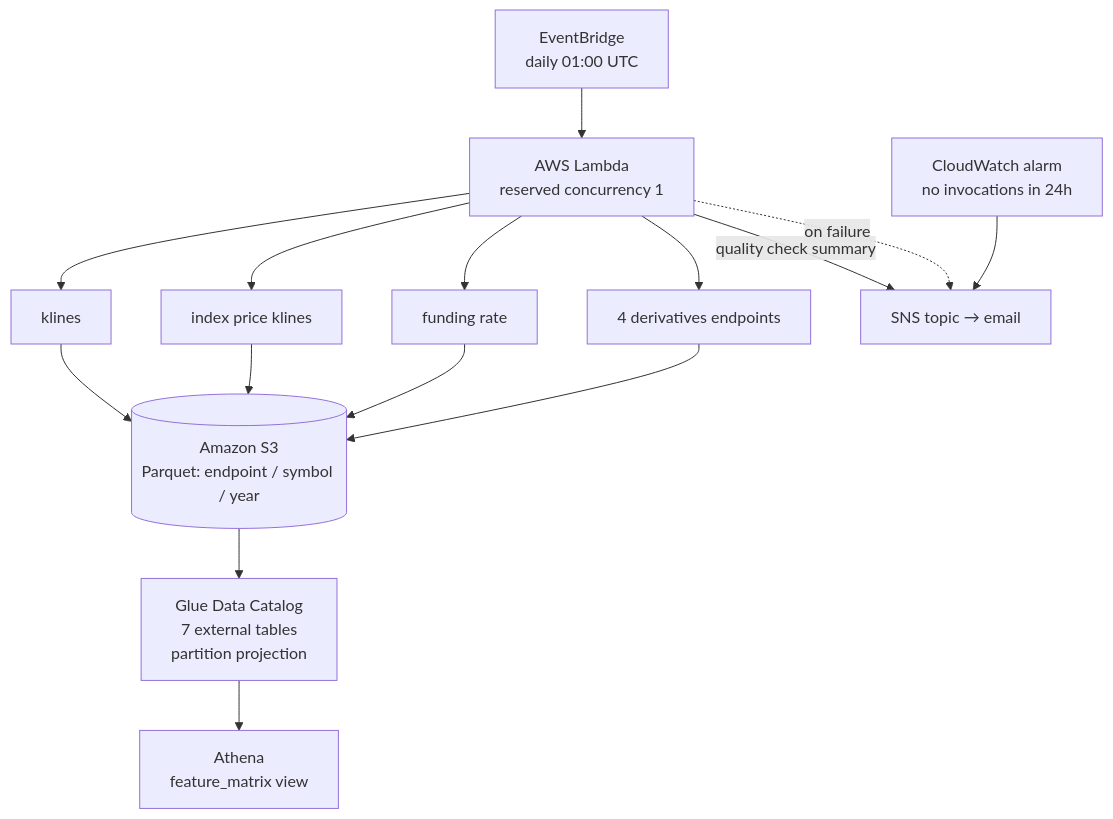
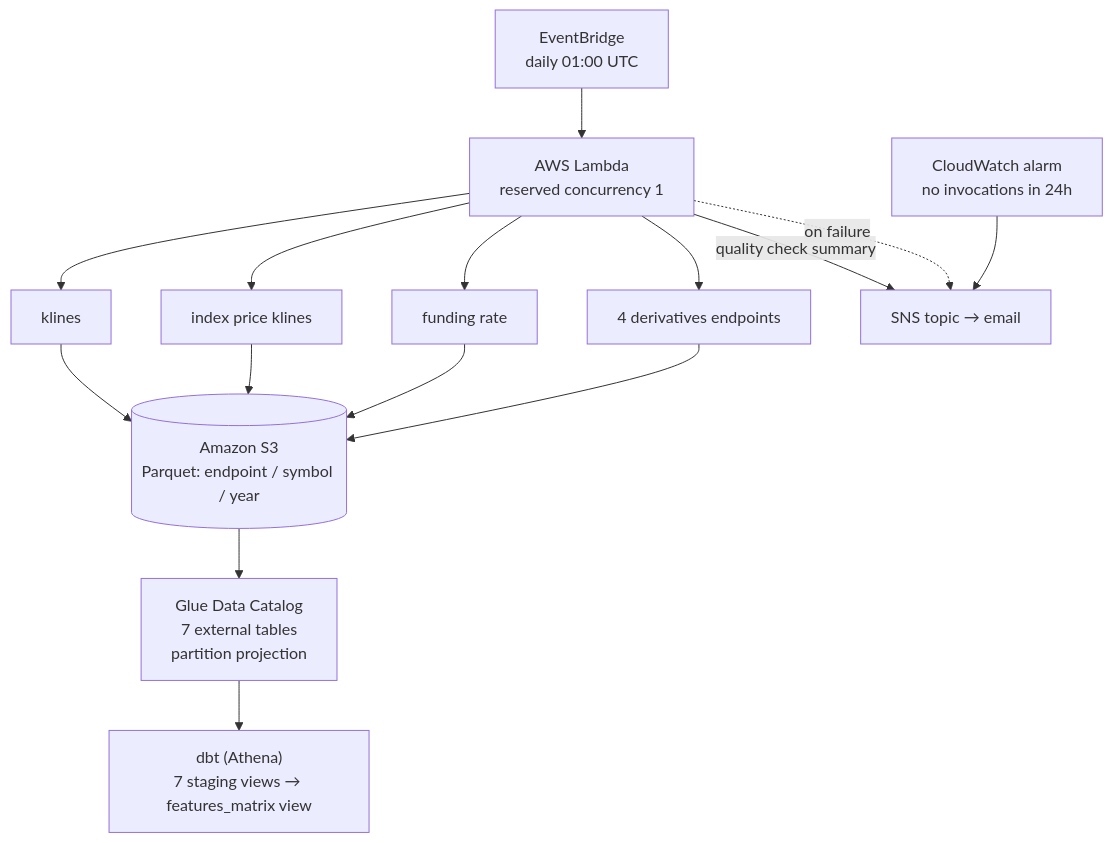
One commit to Stevenronaldo/binance-futures-data-collector changed the diagram in README.md. Above: the diagram before and after it, drawn with Mermaid. The commit also changed other lines of this file and 18 other files, not shown here.

Commit message:
Replace hand-written feature matrix view with dbt project (#2)

````diff
--- a/README.md
+++ b/README.md
@@ -44,21 +45,21 @@
 ```mermaid
 flowchart TD
     EB["EventBridge<br/>daily 01:00 UTC"] --> L["AWS Lambda<br/>reserved concurrency 1"]
 
     L --> K[klines]
     L --> IP[index price klines]
     L --> F[funding rate]
     L --> D[4 derivatives endpoints]
 
     K --> S3[("Amazon S3<br/>Parquet: endpoint / symbol / year")]
     IP --> S3
     F --> S3
     D --> S3
 
     S3 --> G["Glue Data Catalog<br/>7 external tables<br/>partition projection"]
-    G --> V["Athena<br/>feature_matrix view"]
+    G --> DBT["dbt (Athena)<br/>7 staging views → features_matrix view"]
 
     L -- quality check summary --> SNS[SNS topic → email]
     L -. on failure .-> SNS
     CW["CloudWatch alarm<br/>no invocations in 24h"] --> SNS
 ```
````
